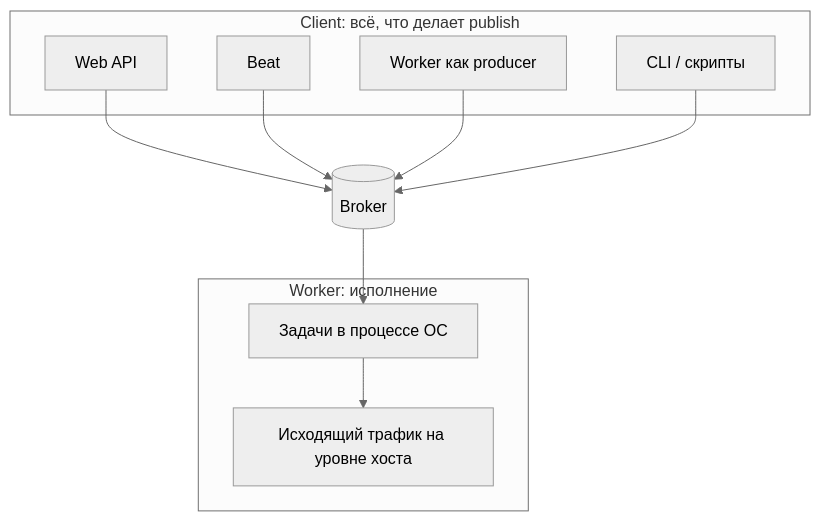
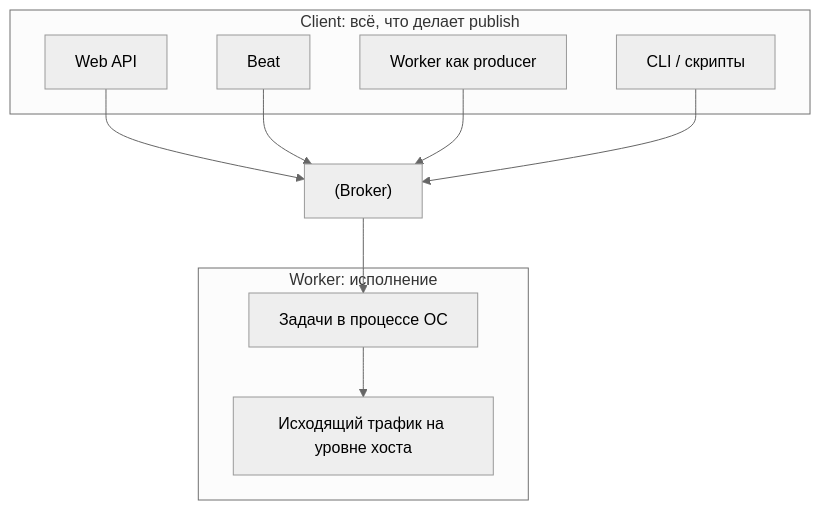
The fourth of 4 diagrams in directions/services/celery/pact/17_bezopasnost_celery/12_17_17_3_setevoy_i_infrastrukturnyy_kontur.md (DDoSKudya/ai-study-atlas), drawn with Mermaid (neutral theme) before and after one commit. The commit also changed other lines of this file and 322 other files, not shown here.

Commit message:
fix(docs): make mermaid diagrams GitHub-compatible across directions content

````diff
--- a/directions/services/celery/pact/17_bezopasnost_celery/12_17_17_3_setevoy_i_infrastrukturnyy_kontur.md
+++ b/directions/services/celery/pact/17_bezopasnost_celery/12_17_17_3_setevoy_i_infrastrukturnyy_kontur.md
@@ -585,20 +585,20 @@
 ```mermaid
 flowchart TB
   subgraph cl["Client: всё, что делает publish"]
-    API[Web API]
-    BT[Beat]
-    WK2[Worker как producer]
-    CLI[CLI / скрипты]
+    API["Web API"]
+    BT["Beat"]
+    WK2["Worker как producer"]
+    CLI["CLI / скрипты"]
   end
-  BR[(Broker)]
+  BR["(Broker)"]
   subgraph wk["Worker: исполнение"]
-    EX[Задачи в процессе ОС]
-    OUT[Исходящий трафик на уровне хоста]
+    EX["Задачи в процессе ОС"]
+    OUT["Исходящий трафик на уровне хоста"]
   end
   API --> BR
   BT --> BR
   WK2 --> BR
   CLI --> BR
   BR --> EX
   EX --> OUT
 ```
````
